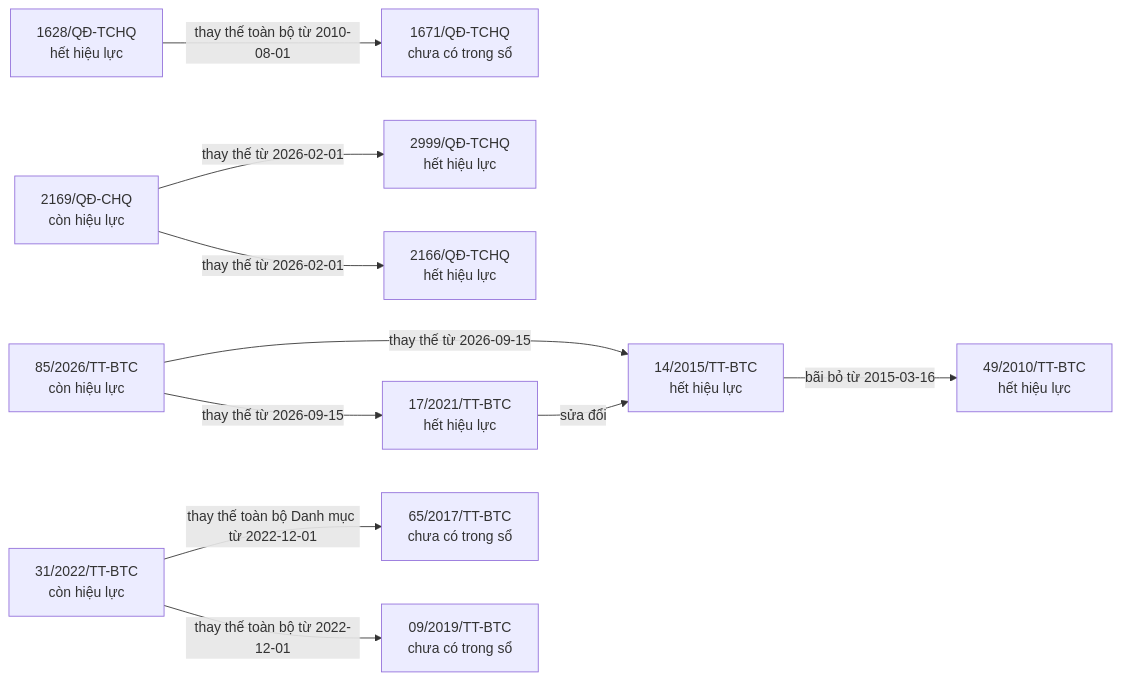
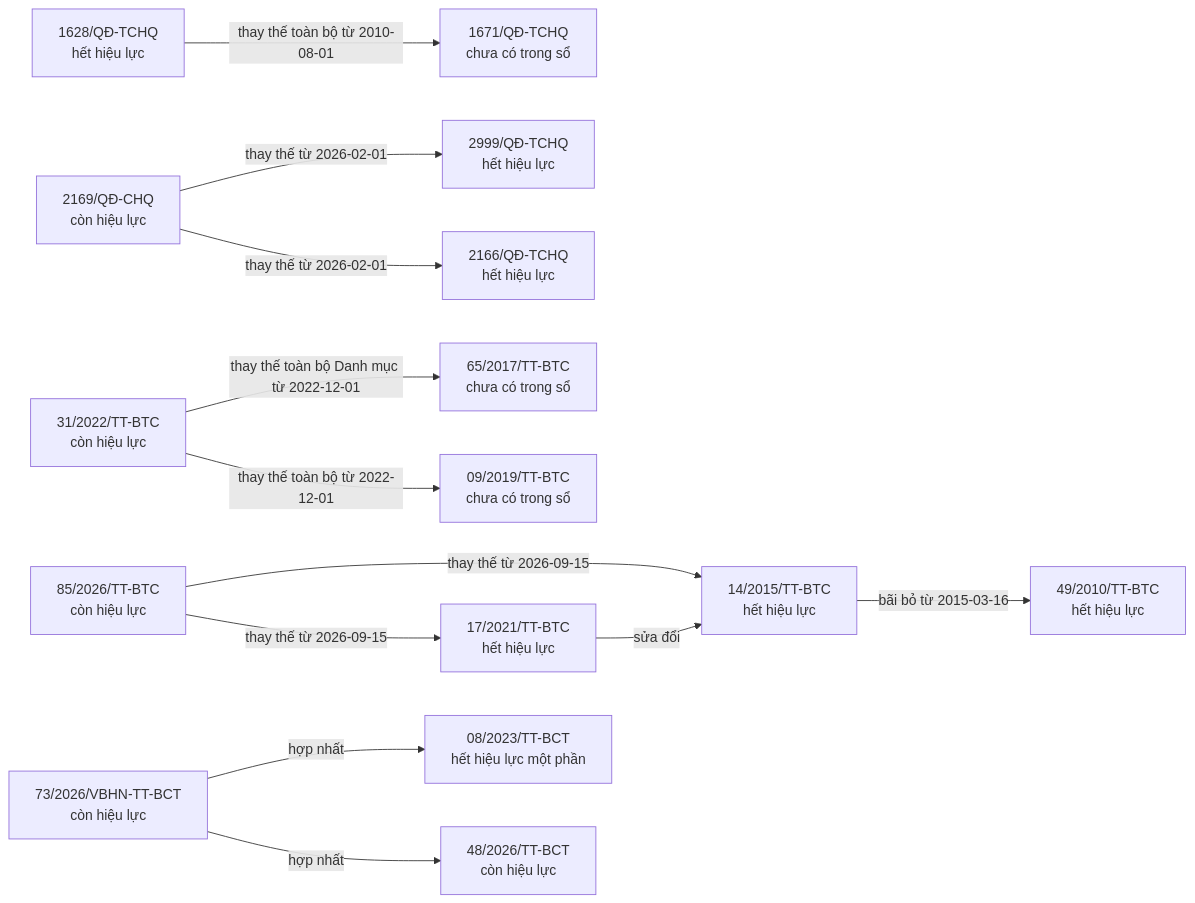
One commit to ozvietnam/oz-wiki-plhq changed the fifth of 10 diagrams in bao-cao/quan-he.md. Above: the diagram before and after it, drawn with Mermaid. The commit also changed other lines of this file and 5 other files, not shown here.

````diff
--- a/bao-cao/quan-he.md
+++ b/bao-cao/quan-he.md
@@ -369,24 +369,29 @@
 ```mermaid
 flowchart LR
   n_14_2015_TT_BTC["14/2015/TT-BTC<br/>hết hiệu lực"]
   n_49_2010_TT_BTC["49/2010/TT-BTC<br/>hết hiệu lực"]
   n_1628_Q__TCHQ["1628/QĐ-TCHQ<br/>hết hiệu lực"]
   n_1671_Q__TCHQ["1671/QĐ-TCHQ<br/>chưa có trong sổ"]
   n_17_2021_TT_BTC["17/2021/TT-BTC<br/>hết hiệu lực"]
   n_2169_Q__CHQ["2169/QĐ-CHQ<br/>còn hiệu lực"]
   n_2999_Q__TCHQ["2999/QĐ-TCHQ<br/>hết hiệu lực"]
   n_2166_Q__TCHQ["2166/QĐ-TCHQ<br/>hết hiệu lực"]
   n_31_2022_TT_BTC["31/2022/TT-BTC<br/>còn hiệu lực"]
   n_65_2017_TT_BTC["65/2017/TT-BTC<br/>chưa có trong sổ"]
   n_09_2019_TT_BTC["09/2019/TT-BTC<br/>chưa có trong sổ"]
+  n_73_2026_VBHN_TT_BCT["73/2026/VBHN-TT-BCT<br/>còn hiệu lực"]
+  n_08_2023_TT_BCT["08/2023/TT-BCT<br/>hết hiệu lực một phần"]
+  n_48_2026_TT_BCT["48/2026/TT-BCT<br/>còn hiệu lực"]
   n_85_2026_TT_BTC["85/2026/TT-BTC<br/>còn hiệu lực"]
   n_14_2015_TT_BTC -->|bãi bỏ từ 2015-03-16| n_49_2010_TT_BTC
   n_1628_Q__TCHQ -->|thay thế toàn bộ từ 2010-08-01| n_1671_Q__TCHQ
   n_17_2021_TT_BTC -->|sửa đổi| n_14_2015_TT_BTC
   n_2169_Q__CHQ -->|thay thế từ 2026-02-01| n_2999_Q__TCHQ
   n_2169_Q__CHQ -->|thay thế từ 2026-02-01| n_2166_Q__TCHQ
   n_31_2022_TT_BTC -->|thay thế toàn bộ Danh mục từ 2022-12-01| n_65_2017_TT_BTC
   n_31_2022_TT_BTC -->|thay thế toàn bộ từ 2022-12-01| n_09_2019_TT_BTC
+  n_73_2026_VBHN_TT_BCT -->|hợp nhất| n_08_2023_TT_BCT
+  n_73_2026_VBHN_TT_BCT -->|hợp nhất| n_48_2026_TT_BCT
   n_85_2026_TT_BTC -->|thay thế từ 2026-09-15| n_14_2015_TT_BTC
   n_85_2026_TT_BTC -->|thay thế từ 2026-09-15| n_17_2021_TT_BTC
 ```
````
